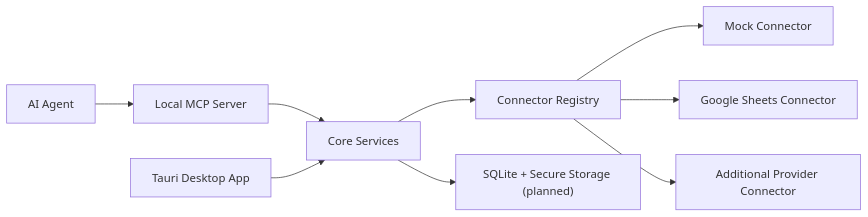
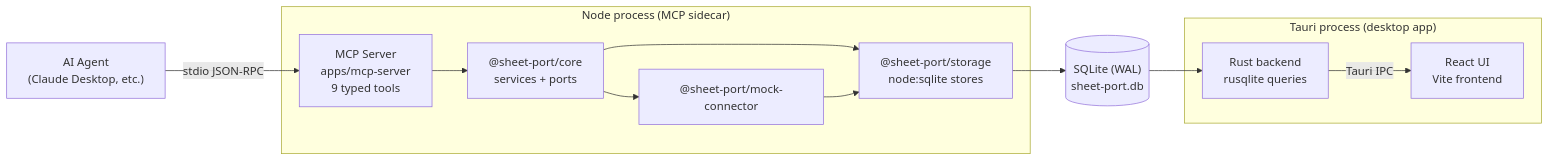
Before and after one commit to h1dr0nn/airtable-sheet-port: the first of 3 diagrams in docs/architecture.md, drawn with Mermaid. The commit also changed other lines of this file and 7 other files, not shown here.

First line of the commit message:
docs: rewrite documentation for the shared-SQLite broker architecture

````diff
--- a/docs/architecture.md
+++ b/docs/architecture.md
@@ -7,11 +17,26 @@
 ```mermaid
 flowchart LR
-  Agent["AI Agent"] --> MCP["Local MCP Server"]
-  MCP --> Core["Core Services"]
-  Core --> Registry["Connector Registry"]
-  Registry --> Mock["Mock Connector"]
-  Registry --> Sheets["Google Sheets Connector"]
-  Registry --> Provider["Additional Provider Connector"]
-  Desktop["Tauri Desktop App"] --> Core
-  Core --> Store["SQLite + Secure Storage (planned)"]
+  Agent["AI Agent<br/>(Claude Desktop, etc.)"]
+  DB[("SQLite (WAL)<br/>sheet-port.db")]
+
+  subgraph Sidecar["Node process (MCP sidecar)"]
+    MCP["MCP Server<br/>apps/mcp-server<br/>9 typed tools"]
+    Core["@sheet-port/core<br/>services + ports"]
+    Mock["@sheet-port/mock-connector"]
+    Storage["@sheet-port/storage<br/>node:sqlite stores"]
+  end
+
+  subgraph Desktop["Tauri process (desktop app)"]
+    Rust["Rust backend<br/>rusqlite queries"]
+    React["React UI<br/>Vite frontend"]
+  end
+
+  Agent -->|stdio JSON-RPC| MCP
+  MCP --> Core
+  Core --> Mock
+  Core --> Storage
+  Mock --> Storage
+  Storage --> DB
+  DB --> Rust
+  Rust -->|Tauri IPC| React
 ```
````
